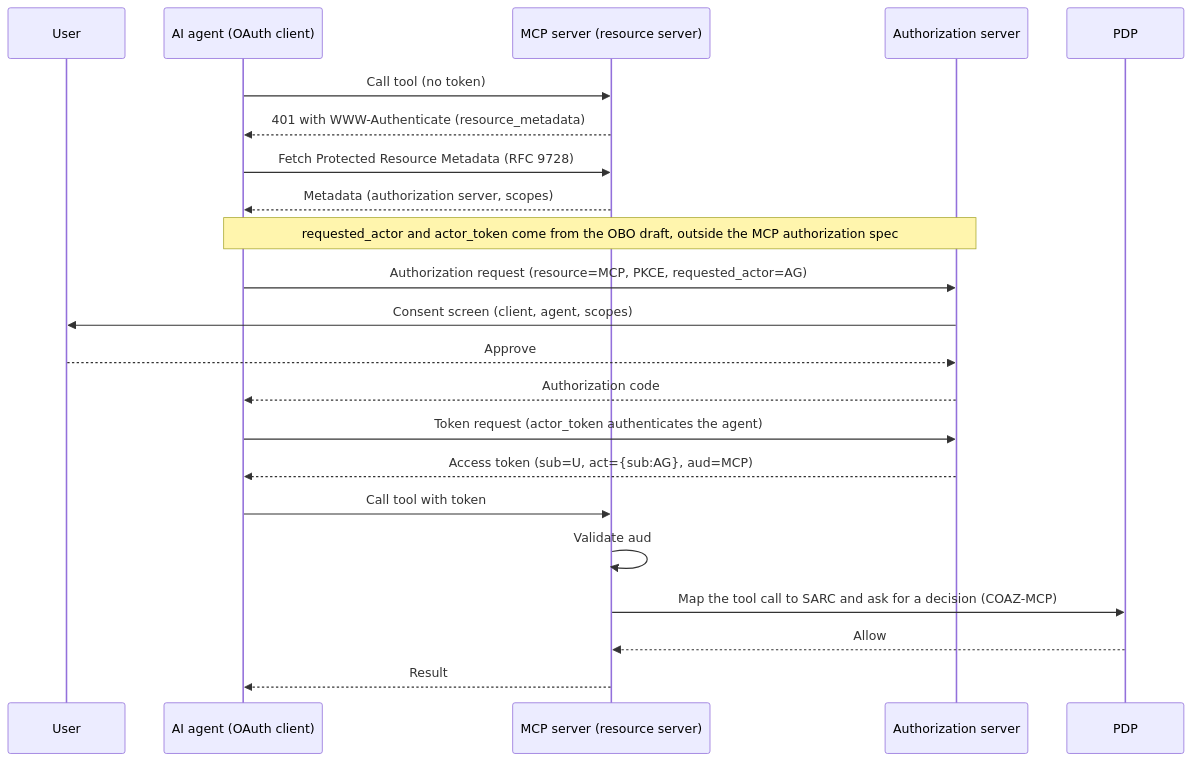
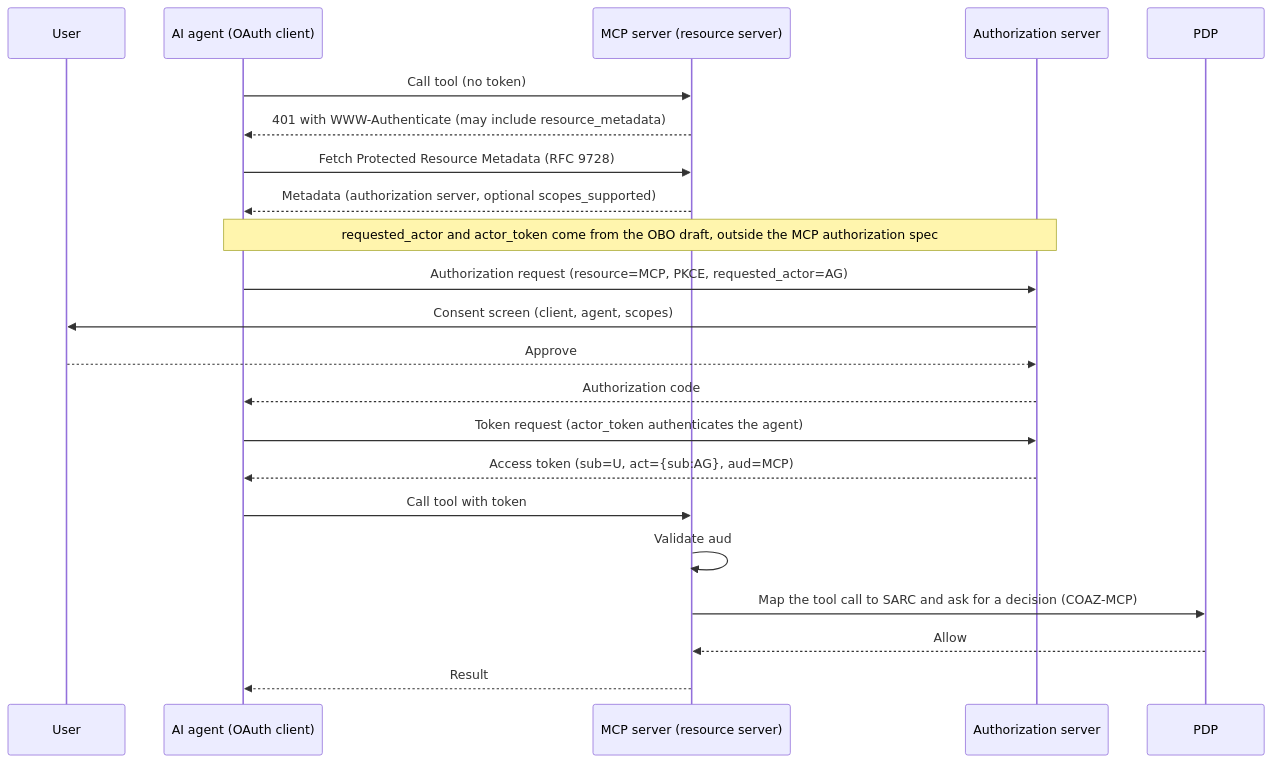
One commit to bmf-san/bmf-tech changed the fourth of 6 diagrams in content/en/posts/authorization-platform-architecture-decisions.md. Above: the diagram before and after it, drawn with Mermaid. The commit also changed other lines of this file and 1 other file, not shown here.

First line of the commit message:
fix: 認可基盤のアーキテクチャの記事の図とまとめを本文と AARP・AuthZEN・MCP の任意の要素に合わせる

````diff
--- a/content/en/posts/authorization-platform-architecture-decisions.md
+++ b/content/en/posts/authorization-platform-architecture-decisions.md
@@ -235,24 +234,24 @@
 ```mermaid
 sequenceDiagram
     participant U as User
     participant AG as AI agent (OAuth client)
     participant MCP as MCP server (resource server)
     participant AS as Authorization server
     participant PDP as PDP
     AG->>MCP: Call tool (no token)
-    MCP-->>AG: 401 with WWW-Authenticate (resource_metadata)
+    MCP-->>AG: 401 with WWW-Authenticate (may include resource_metadata)
     AG->>MCP: Fetch Protected Resource Metadata (RFC 9728)
-    MCP-->>AG: Metadata (authorization server, scopes)
+    MCP-->>AG: Metadata (authorization server, optional scopes_supported)
     Note over AG,AS: requested_actor and actor_token come from the OBO draft, outside the MCP authorization spec
     AG->>AS: Authorization request (resource=MCP, PKCE, requested_actor=AG)
     AS->>U: Consent screen (client, agent, scopes)
     U-->>AS: Approve
     AS-->>AG: Authorization code
     AG->>AS: Token request (actor_token authenticates the agent)
     AS-->>AG: Access token (sub=U, act={sub:AG}, aud=MCP)
     AG->>MCP: Call tool with token
     MCP->>MCP: Validate aud
     MCP->>PDP: Map the tool call to SARC and ask for a decision (COAZ-MCP)
     PDP-->>MCP: Allow
     MCP-->>AG: Result
 ```
````
